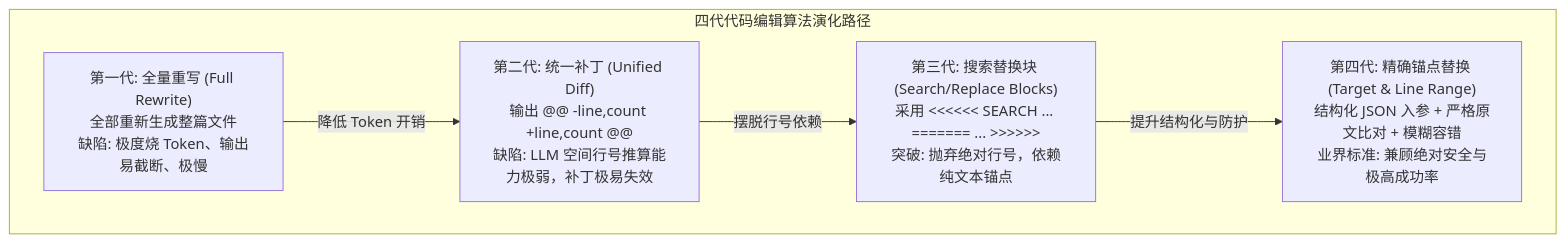
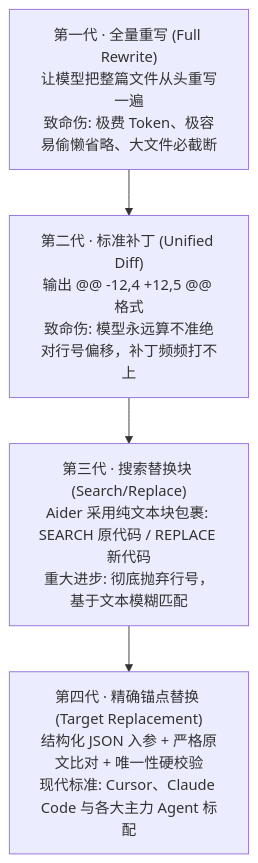
Before and after one commit to ljh12138164/ai-agent-study: the first of 2 diagrams in app/ch05-coding/02-file-editing-algorithms/page.mdx, drawn with Mermaid. The commit also changed other lines of this file and 43 other files, not shown here.

````diff
--- a/app/ch05-coding/02-file-editing-algorithms/page.mdx
+++ b/app/ch05-coding/02-file-editing-algorithms/page.mdx
@@ -22,16 +19,7 @@
 ```mermaid
-graph TD
-    subgraph Generations["四代代码编辑算法演化路径"]
-        G1["第一代: 全量重写 (Full Rewrite)<br/>全部重新生成整篇文件<br/>缺陷: 极度烧 Token、输出易截断、极慢"]
-        
-        G2["第二代: 统一补丁 (Unified Diff)<br/>输出 @@ -line,count +line,count @@<br/>缺陷: LLM 空间行号推算能力极弱，补丁极易失效"]
-        
-        G3["第三代: 搜索替换块 (Search/Replace Blocks)<br/>采用 <<<<<< SEARCH ... ======= ... >>>>>><br/>突破: 抛弃绝对行号，依赖纯文本锚点"]
-        
-        G4["第四代: 精确锚点替换 (Target & Line Range)<br/>结构化 JSON 入参 + 严格原文比对 + 模糊容错<br/>业界标准: 兼顾绝对安全与极高成功率"]
-        
-        G1 -->|降低 Token 开销| G2
-        G2 -->|摆脱行号依赖| G3
-        G3 -->|提升结构化与防护| G4
-    end
+flowchart TD
+    G1["第一代 · 全量重写 (Full Rewrite)<br/>让模型把整篇文件从头重写一遍<br/>致命伤: 极费 Token、极容易偷懒省略、大文件必截断"]
+    --> G2["第二代 · 标准补丁 (Unified Diff)<br/>输出 @@ -12,4 +12,5 @@ 格式<br/>致命伤: 模型永远算不准绝对行号偏移，补丁频频打不上"]
+    --> G3["第三代 · 搜索替换块 (Search/Replace)<br/>Aider 采用纯文本块包裹: SEARCH 原代码 / REPLACE 新代码<br/>重大进步: 彻底抛弃行号，基于文本模糊匹配"]
+    --> G4["第四代 · 精确锚点替换 (Target Replacement)<br/>结构化 JSON 入参 + 严格原文比对 + 唯一性硬校验<br/>现代标准: Cursor、Claude Code 与各大主力 Agent 标配"]
 ```
````
